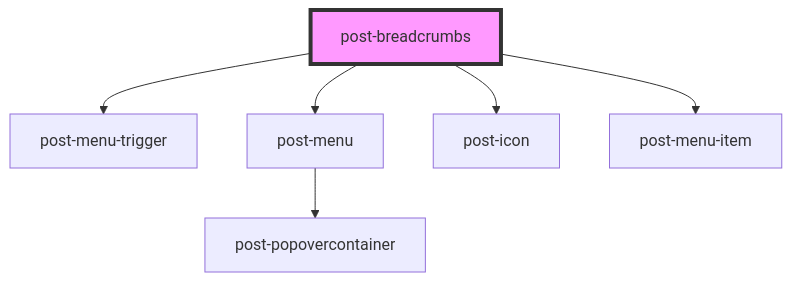
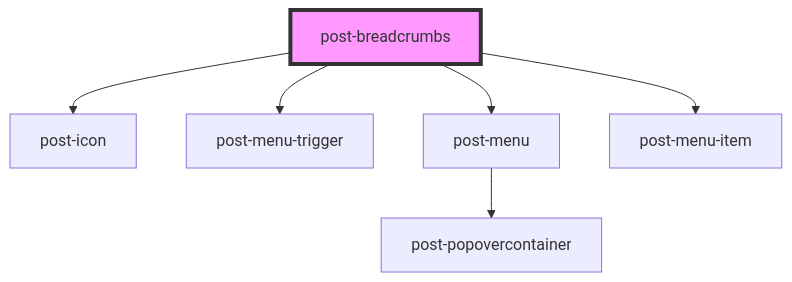
The diagram in packages/components/src/components/post-breadcrumbs/readme.md (swisspost/design-system), drawn with Mermaid before and after one commit. The commit also changed other lines of this file, not shown here.

````diff
--- a/packages/components/src/components/post-breadcrumbs/readme.md
+++ b/packages/components/src/components/post-breadcrumbs/readme.md
@@ -35,9 +35,9 @@
 ```mermaid
 graph TD;
+  post-breadcrumbs --> post-icon
   post-breadcrumbs --> post-menu-trigger
   post-breadcrumbs --> post-menu
-  post-breadcrumbs --> post-icon
   post-breadcrumbs --> post-menu-item
   post-menu --> post-popovercontainer
   style post-breadcrumbs fill:#f9f,stroke:#333,stroke-width:4px
 ```
````
